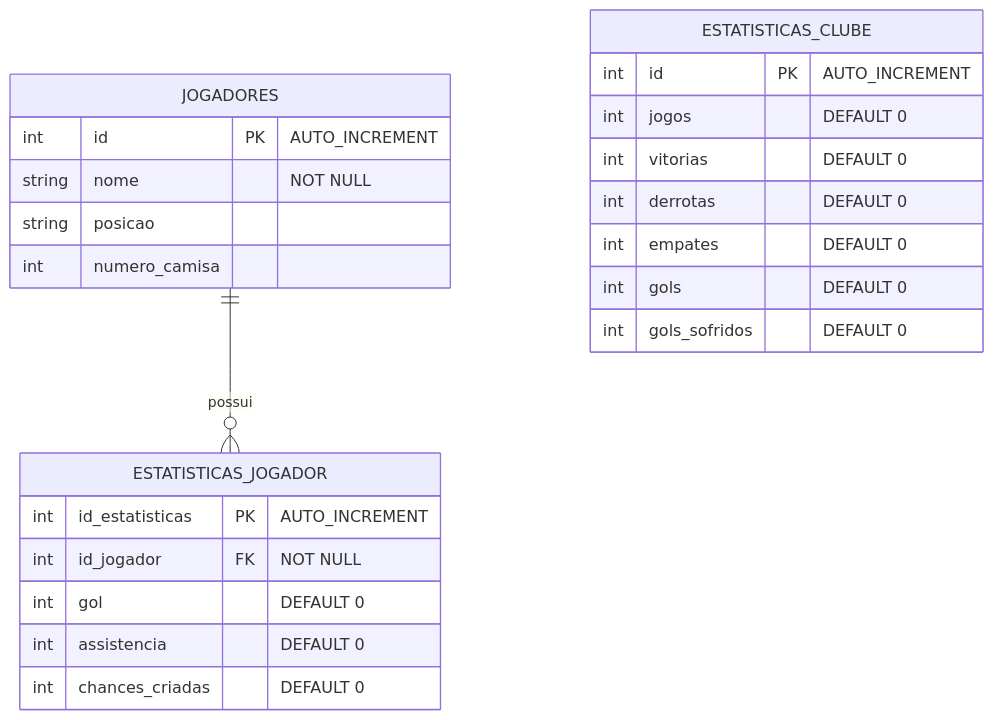
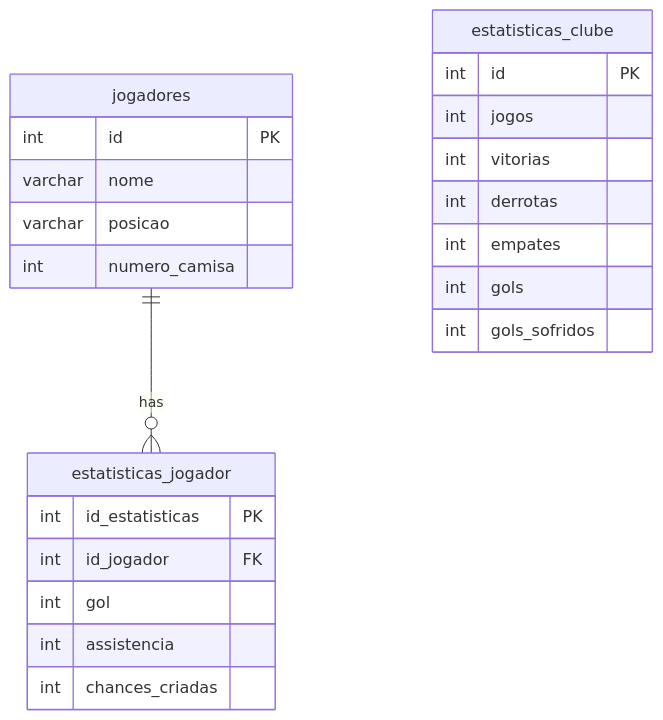
The diagram in README.md (Kleber720/bancodeDadosCOR), drawn with Mermaid before and after one commit. The commit also changed other lines of this file, not shown here.

````diff
--- a/README.md
+++ b/README.md
@@ -16,29 +17,26 @@
 ```mermaid
 erDiagram
-    JOGADORES ||--o{ ESTATISTICAS_JOGADOR : "possui"
-    
-    JOGADORES {
-        int id PK "AUTO_INCREMENT"
-        string nome "NOT NULL"
-        string posicao
+    jogadores ||--o{ estatisticas_jogador : has
+    jogadores {
+        int id PK
+        varchar nome
+        varchar posicao
         int numero_camisa
     }
-
-    ESTATISTICAS_JOGADOR {
-        int id_estatisticas PK "AUTO_INCREMENT"
-        int id_jogador FK "NOT NULL"
-        int gol "DEFAULT 0"
-        int assistencia "DEFAULT 0"
-        int chances_criadas "DEFAULT 0"
+    estatisticas_jogador {
+        int id_estatisticas PK
+        int id_jogador FK
+        int gol
+        int assistencia
+        int chances_criadas
     }
-
-    ESTATISTICAS_CLUBE {
-        int id PK "AUTO_INCREMENT"
-        int jogos "DEFAULT 0"
-        int vitorias "DEFAULT 0"
-        int derrotas "DEFAULT 0"
-        int empates "DEFAULT 0"
-        int gols "DEFAULT 0"
-        int gols_sofridos "DEFAULT 0"
+    estatisticas_clube {
+        int id PK
+        int jogos
+        int vitorias
+        int derrotas
+        int empates
+        int gols
+        int gols_sofridos
     }
 ```
````
